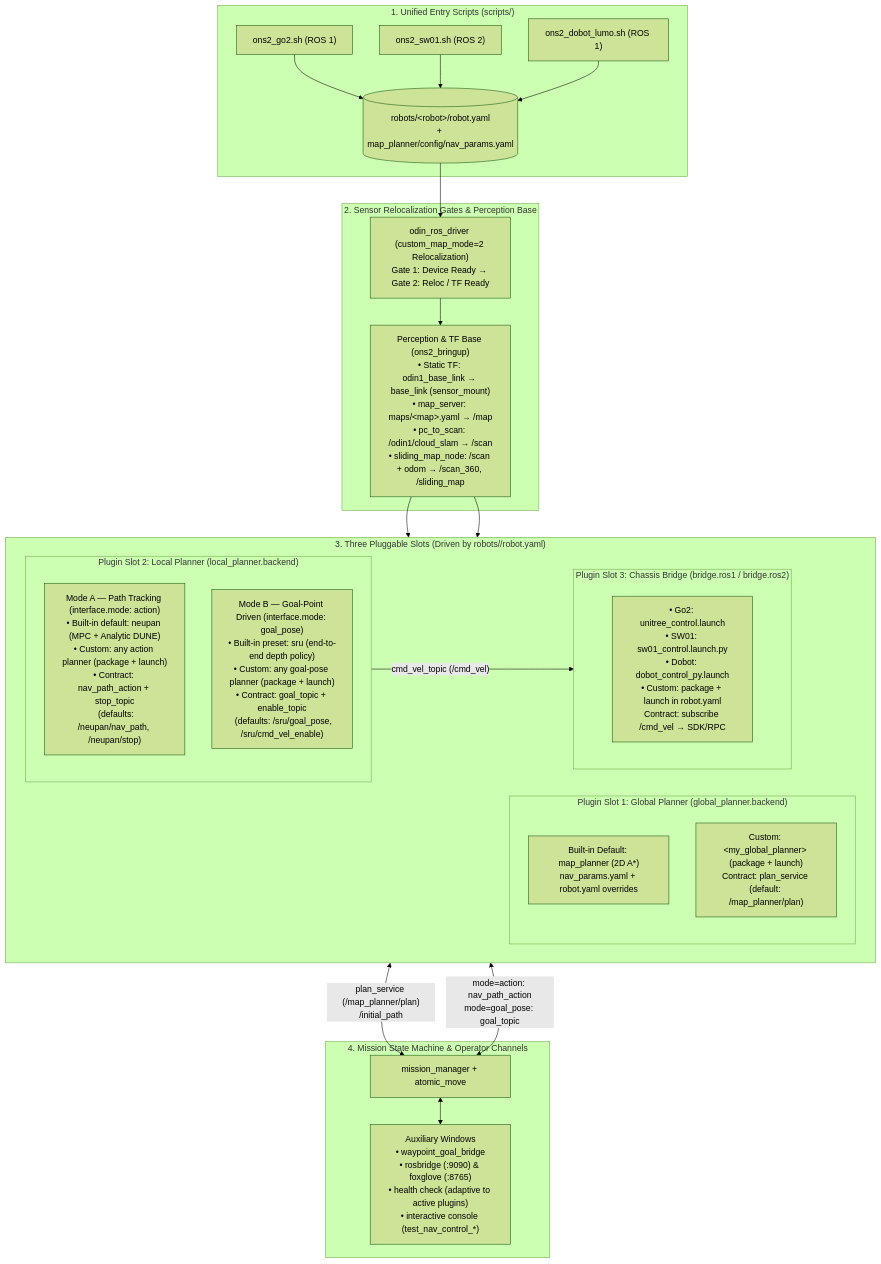
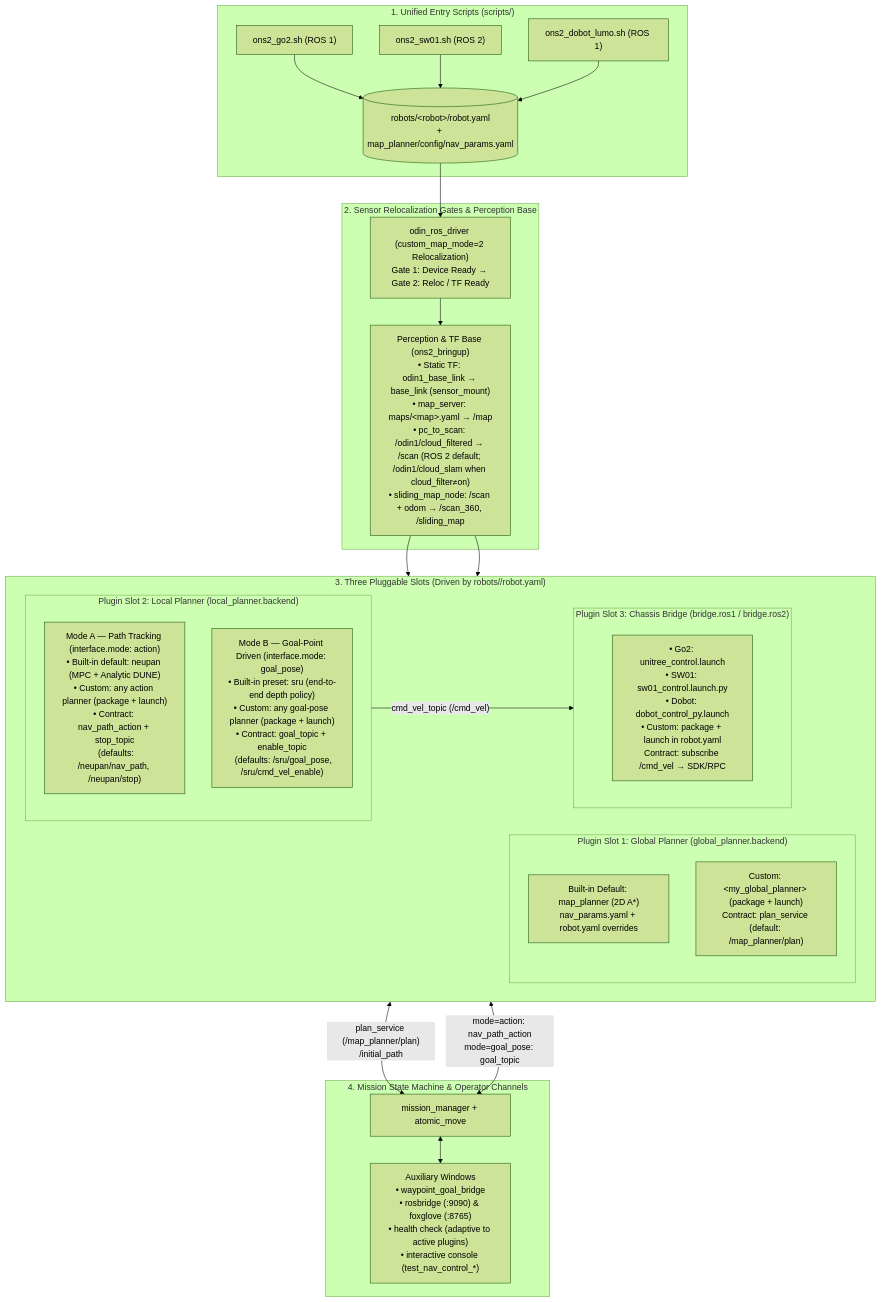
The first of 2 diagrams in docs/architecture/ONS2_ARCHITECTURE.md (ManifoldTechLtd/Odin-Nav-Stack2), drawn with Mermaid (forest theme) before and after one commit. The commit also changed other lines of this file and 2 other files, not shown here.

First line of the commit message:
docs: align cloud_filter and install gate docs with release defaults

````diff
--- a/docs/architecture/ONS2_ARCHITECTURE.md
+++ b/docs/architecture/ONS2_ARCHITECTURE.md
@@ -19,45 +19,45 @@
 ```mermaid
 flowchart TB
     subgraph Entry["1. Unified Entry Scripts (scripts/)"]
         G_SH["ons2_go2.sh (ROS 1)"]
         S_SH["ons2_sw01.sh (ROS 2)"]
         D_SH["ons2_dobot_lumo.sh (ROS 1)"]
         PROFILE[("robots/&lt;robot&gt;/robot.yaml<br/>+ map_planner/config/nav_params.yaml")]
         G_SH & S_SH & D_SH --> PROFILE
     end
 
     subgraph Sensor["2. Sensor Relocalization Gates & Perception Base"]
         ODIN["odin_ros_driver (custom_map_mode=2 Relocalization)<br/>Gate 1: Device Ready → Gate 2: Reloc / TF Ready"]
-        BASE_PERC["Perception & TF Base (ons2_bringup)<br/>• Static TF: odin1_base_link → base_link (sensor_mount)<br/>• map_server: maps/&lt;map&gt;.yaml → /map<br/>• pc_to_scan: /odin1/cloud_slam → /scan<br/>• sliding_map_node: /scan + odom → /scan_360, /sliding_map"]
+        BASE_PERC["Perception & TF Base (ons2_bringup)<br/>• Static TF: odin1_base_link → base_link (sensor_mount)<br/>• map_server: maps/&lt;map&gt;.yaml → /map<br/>• pc_to_scan: /odin1/cloud_filtered → /scan (ROS 2 default; /odin1/cloud_slam when cloud_filter≠on)<br/>• sliding_map_node: /scan + odom → /scan_360, /sliding_map"]
         PROFILE --> ODIN --> BASE_PERC
     end
 
     subgraph Plugins["3. Three Pluggable Slots (Driven by robots/<robot>/robot.yaml)"]
         direction LR
 
         subgraph GP_Slot["Plugin Slot 1: Global Planner (global_planner.backend)"]
             GP_DEF["Built-in Default: map_planner (2D A*)<br/>nav_params.yaml + robot.yaml overrides"]
             GP_CUS["Custom: &lt;my_global_planner&gt; (package + launch)<br/>Contract: plan_service (default: /map_planner/plan)"]
         end
 
         subgraph LP_Slot["Plugin Slot 2: Local Planner (local_planner.backend)"]
             LP_ACT["Mode A — Path Tracking (interface.mode: action)<br/>• Built-in default: neupan (MPC + Analytic DUNE)<br/>• Custom: any action planner (package + launch)<br/>• Contract: nav_path_action + stop_topic<br/>  (defaults: /neupan/nav_path, /neupan/stop)"]
             LP_GOAL["Mode B — Goal-Point Driven (interface.mode: goal_pose)<br/>• Built-in preset: sru (end-to-end depth policy)<br/>• Custom: any goal-pose planner (package + launch)<br/>• Contract: goal_topic + enable_topic<br/>  (defaults: /sru/goal_pose, /sru/cmd_vel_enable)"]
         end
 
         subgraph BR_Slot["Plugin Slot 3: Chassis Bridge (bridge.ros1 / bridge.ros2)"]
             BR_IMPL["• Go2: unitree_control.launch<br/>• SW01: sw01_control.launch.py<br/>• Dobot: dobot_control_py.launch<br/>• Custom: package + launch in robot.yaml<br/>Contract: subscribe /cmd_vel → SDK/RPC"]
         end
     end
 
     subgraph Mission["4. Mission State Machine & Operator Channels"]
         MM["mission_manager + atomic_move"]
         AUX["Auxiliary Windows<br/>• waypoint_goal_bridge<br/>• rosbridge (:9090) & foxglove (:8765)<br/>• health check (adaptive to active plugins)<br/>• interactive console (test_nav_control_*)"]
     end
 
     BASE_PERC --> GP_Slot & LP_Slot
     GP_Slot <-- "plan_service (/map_planner/plan)<br/>/initial_path" --> MM
     MM <-- "mode=action: nav_path_action<br/>mode=goal_pose: goal_topic" --> LP_Slot
     LP_Slot -- "cmd_vel_topic (/cmd_vel)" --> BR_Slot
     MM <--> AUX
 ```
````
